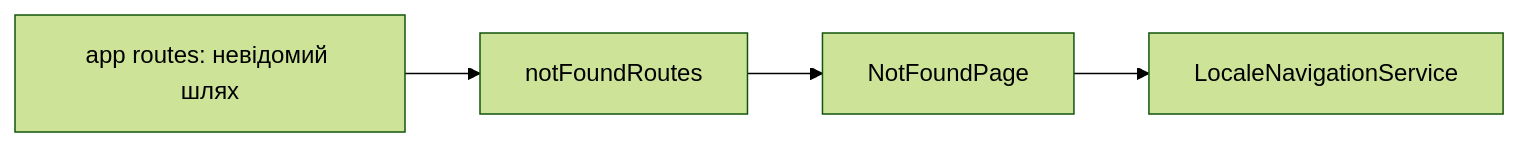
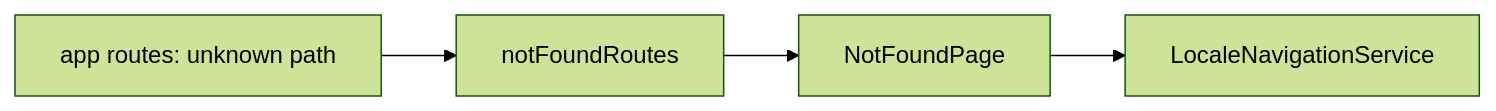
Before and after one commit to Weretik/kedr-web: the diagram in docs/features/storefront/not-found.md, drawn with Mermaid (forest theme). The commit also changed other lines of this file and 95 other files, not shown here.

Commit message:
docs(frontend): reconcile architecture and feature guidance

````diff
--- a/docs/features/storefront/not-found.md
+++ b/docs/features/storefront/not-found.md
@@ -9,6 +9,6 @@
 ```mermaid
 flowchart LR
-App["app routes: невідомий шлях"] --> Route["notFoundRoutes"]
+App["app routes: unknown path"] --> Route["notFoundRoutes"]
 Route --> Page["NotFoundPage"]
 Page --> Locale["LocaleNavigationService"]
 ```
````
